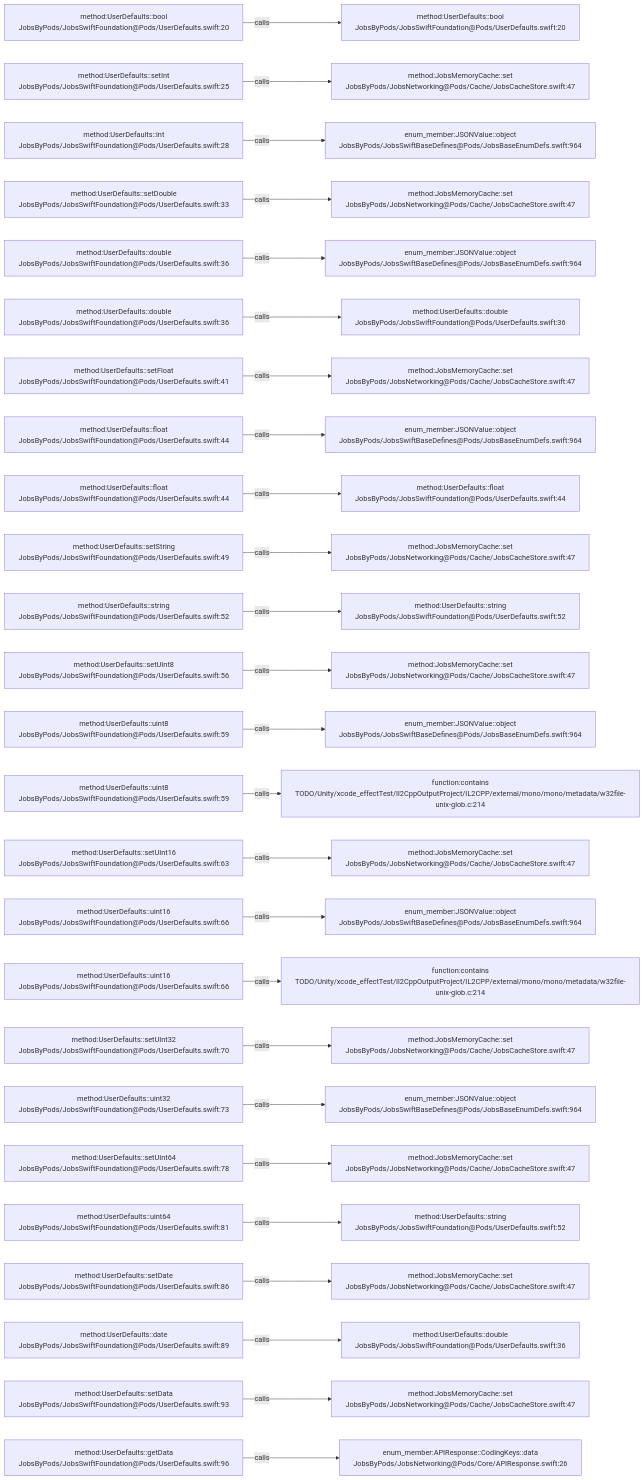
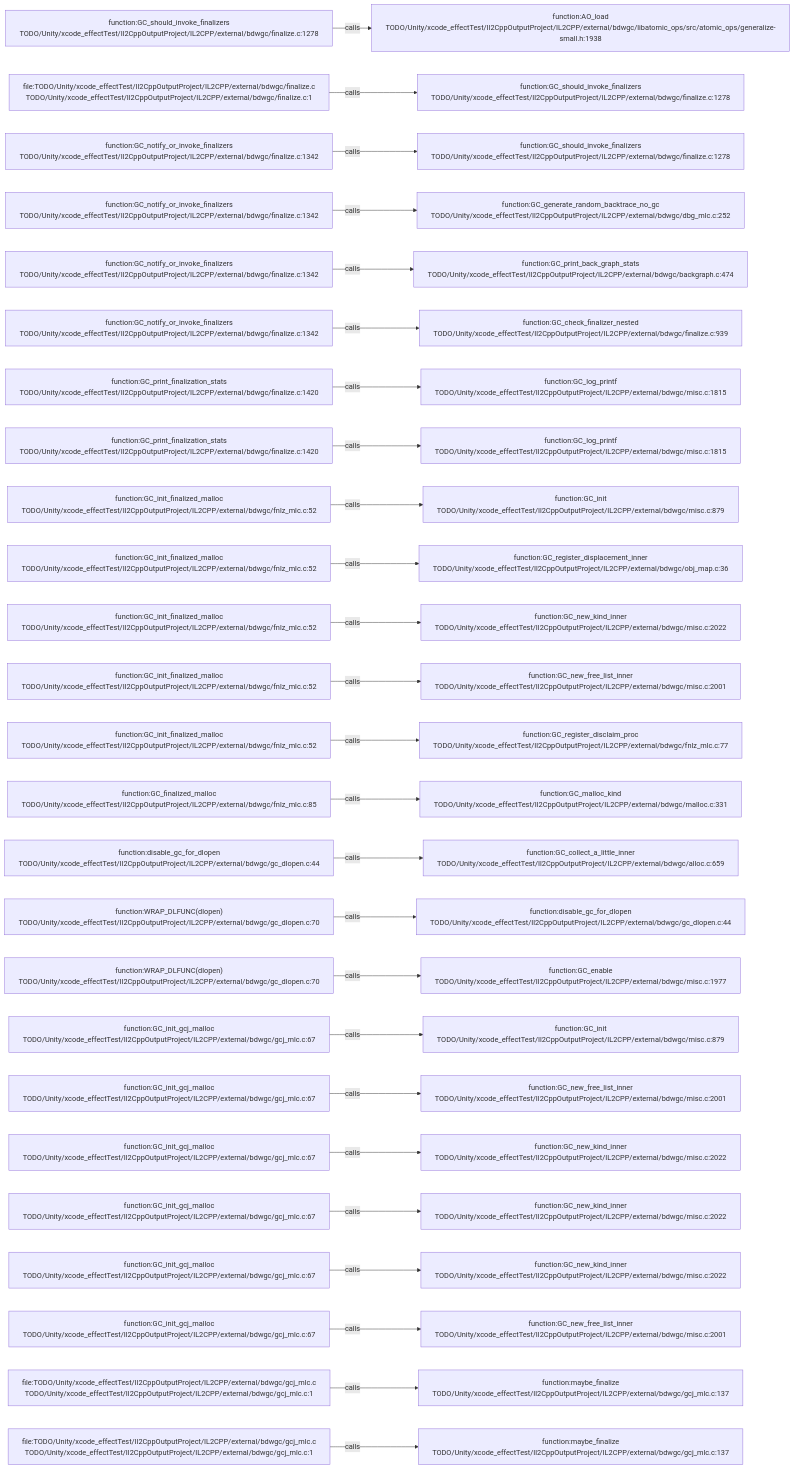
Before and after one commit to JobsKits/JobsSwiftBaseConfigDemo: the diagram in .codegraph/codegraph.md/graphs/calls-178.md, drawn with Mermaid. The commit also changed 569 other files, not shown here.

````diff
--- a/.codegraph/codegraph.md/graphs/calls-178.md
+++ b/.codegraph/codegraph.md/graphs/calls-178.md
@@ -13,78 +13,78 @@
 ```mermaid
 flowchart LR
-  S1["method:UserDefaults::bool<br/>JobsByPods/JobsSwiftFoundation@Pods/UserDefaults.swift:20"]
-  T1["method:UserDefaults::bool<br/>JobsByPods/JobsSwiftFoundation@Pods/UserDefaults.swift:20"]
+  S1["function:GC_should_invoke_finalizers<br/>TODO/Unity/xcode_effectTest/Il2CppOutputProject/IL2CPP/external/bdwgc/finalize.c:1278"]
+  T1["function:AO_load<br/>TODO/Unity/xcode_effectTest/Il2CppOutputProject/IL2CPP/external/bdwgc/libatomic_ops/src/atomic_ops/generalize-small.h:1938"]
   S1 -->|calls| T1
-  S2["method:UserDefaults::setInt<br/>JobsByPods/JobsSwiftFoundation@Pods/UserDefaults.swift:25"]
-  T2["method:JobsMemoryCache::set<br/>JobsByPods/JobsNetworking@Pods/Cache/JobsCacheStore.swift:47"]
+  S2["file:TODO/Unity/xcode_effectTest/Il2CppOutputProject/IL2CPP/external/bdwgc/finalize.c<br/>TODO/Unity/xcode_effectTest/Il2CppOutputProject/IL2CPP/external/bdwgc/finalize.c:1"]
+  T2["function:GC_should_invoke_finalizers<br/>TODO/Unity/xcode_effectTest/Il2CppOutputProject/IL2CPP/external/bdwgc/finalize.c:1278"]
   S2 -->|calls| T2
-  S3["method:UserDefaults::int<br/>JobsByPods/JobsSwiftFoundation@Pods/UserDefaults.swift:28"]
-  T3["enum_member:JSONValue::object<br/>JobsByPods/JobsSwiftBaseDefines@Pods/JobsBaseEnumDefs.swift:964"]
+  S3["function:GC_notify_or_invoke_finalizers<br/>TODO/Unity/xcode_effectTest/Il2CppOutputProject/IL2CPP/external/bdwgc/finalize.c:1342"]
+  T3["function:GC_should_invoke_finalizers<br/>TODO/Unity/xcode_effectTest/Il2CppOutputProject/IL2CPP/external/bdwgc/finalize.c:1278"]
   S3 -->|calls| T3
-  S4["method:UserDefaults::setDouble<br/>JobsByPods/JobsSwiftFoundation@Pods/UserDefaults.swift:33"]
-  T4["method:JobsMemoryCache::set<br/>JobsByPods/JobsNetworking@Pods/Cache/JobsCacheStore.swift:47"]
+  S4["function:GC_notify_or_invoke_finalizers<br/>TODO/Unity/xcode_effectTest/Il2CppOutputProject/IL2CPP/external/bdwgc/finalize.c:1342"]
+  T4["function:GC_generate_random_backtrace_no_gc<br/>TODO/Unity/xcode_effectTest/Il2CppOutputProject/IL2CPP/external/bdwgc/dbg_mlc.c:252"]
   S4 -->|calls| T4
-  S5["method:UserDefaults::double<br/>JobsByPods/JobsSwiftFoundation@Pods/UserDefaults.swift:36"]
-  T5["enum_member:JSONValue::object<br/>JobsByPods/JobsSwiftBaseDefines@Pods/JobsBaseEnumDefs.swift:964"]
+  S5["function:GC_notify_or_invoke_finalizers<br/>TODO/Unity/xcode_effectTest/Il2CppOutputProject/IL2CPP/external/bdwgc/finalize.c:1342"]
+  T5["function:GC_print_back_graph_stats<br/>TODO/Unity/xcode_effectTest/Il2CppOutputProject/IL2CPP/external/bdwgc/backgraph.c:474"]
   S5 -->|calls| T5
-  S6["method:UserDefaults::double<br/>JobsByPods/JobsSwiftFoundation@Pods/UserDefaults.swift:36"]
-  T6["method:UserDefaults::double<br/>JobsByPods/JobsSwiftFoundation@Pods/UserDefaults.swift:36"]
+  S6["function:GC_notify_or_invoke_finalizers<br/>TODO/Unity/xcode_effectTest/Il2CppOutputProject/IL2CPP/external/bdwgc/finalize.c:1342"]
+  T6["function:GC_check_finalizer_nested<br/>TODO/Unity/xcode_effectTest/Il2CppOutputProject/IL2CPP/external/bdwgc/finalize.c:939"]
   S6 -->|calls| T6
-  S7["method:UserDefaults::setFloat<br/>JobsByPods/JobsSwiftFoundation@Pods/UserDefaults.swift:41"]
-  T7["method:JobsMemoryCache::set<br/>JobsByPods/JobsNetworking@Pods/Cache/JobsCacheStore.swift:47"]
+  S7["function:GC_print_finalization_stats<br/>TODO/Unity/xcode_effectTest/Il2CppOutputProject/IL2CPP/external/bdwgc/finalize.c:1420"]
+  T7["function:GC_log_printf<br/>TODO/Unity/xcode_effectTest/Il2CppOutputProject/IL2CPP/external/bdwgc/misc.c:1815"]
   S7 -->|calls| T7
-  S8["method:UserDefaults::float<br/>JobsByPods/JobsSwiftFoundation@Pods/UserDefaults.swift:44"]
-  T8["enum_member:JSONValue::object<br/>JobsByPods/JobsSwiftBaseDefines@Pods/JobsBaseEnumDefs.swift:964"]
+  S8["function:GC_print_finalization_stats<br/>TODO/Unity/xcode_effectTest/Il2CppOutputProject/IL2CPP/external/bdwgc/finalize.c:1420"]
+  T8["function:GC_log_printf<br/>TODO/Unity/xcode_effectTest/Il2CppOutputProject/IL2CPP/external/bdwgc/misc.c:1815"]
   S8 -->|calls| T8
-  S9["method:UserDefaults::float<br/>JobsByPods/JobsSwiftFoundation@Pods/UserDefaults.swift:44"]
-  T9["method:UserDefaults::float<br/>JobsByPods/JobsSwiftFoundation@Pods/UserDefaults.swift:44"]
+  S9["function:GC_init_finalized_malloc<br/>TODO/Unity/xcode_effectTest/Il2CppOutputProject/IL2CPP/external/bdwgc/fnlz_mlc.c:52"]
+  T9["function:GC_init<br/>TODO/Unity/xcode_effectTest/Il2CppOutputProject/IL2CPP/external/bdwgc/misc.c:879"]
   S9 -->|calls| T9
-  S10["method:UserDefaults::setString<br/>JobsByPods/JobsSwiftFoundation@Pods/UserDefaults.swift:49"]
-  T10["method:JobsMemoryCache::set<br/>JobsByPods/JobsNetworking@Pods/Cache/JobsCacheStore.swift:47"]
+  S10["function:GC_init_finalized_malloc<br/>TODO/Unity/xcode_effectTest/Il2CppOutputProject/IL2CPP/external/bdwgc/fnlz_mlc.c:52"]
+  T10["function:GC_register_displacement_inner<br/>TODO/Unity/xcode_effectTest/Il2CppOutputProject/IL2CPP/external/bdwgc/obj_map.c:36"]
   S10 -->|calls| T10
-  S11["method:UserDefaults::string<br/>JobsByPods/JobsSwiftFoundation@Pods/UserDefaults.swift:52"]
-  T11["method:UserDefaults::string<br/>JobsByPods/JobsSwiftFoundation@Pods/UserDefaults.swift:52"]
+  S11["function:GC_init_finalized_malloc<br/>TODO/Unity/xcode_effectTest/Il2CppOutputProject/IL2CPP/external/bdwgc/fnlz_mlc.c:52"]
+  T11["function:GC_new_kind_inner<br/>TODO/Unity/xcode_effectTest/Il2CppOutputProject/IL2CPP/external/bdwgc/misc.c:2022"]
   S11 -->|calls| T11
-  S12["method:UserDefaults::setUInt8<br/>JobsByPods/JobsSwiftFoundation@Pods/UserDefaults.swift:56"]
-  T12["method:JobsMemoryCache::set<br/>JobsByPods/JobsNetworking@Pods/Cache/JobsCacheStore.swift:47"]
+  S12["function:GC_init_finalized_malloc<br/>TODO/Unity/xcode_effectTest/Il2CppOutputProject/IL2CPP/external/bdwgc/fnlz_mlc.c:52"]
+  T12["function:GC_new_free_list_inner<br/>TODO/Unity/xcode_effectTest/Il2CppOutputProject/IL2CPP/external/bdwgc/misc.c:2001"]
   S12 -->|calls| T12
-  S13["method:UserDefaults::uint8<br/>JobsByPods/JobsSwiftFoundation@Pods/UserDefaults.swift:59"]
-  T13["enum_member:JSONValue::object<br/>JobsByPods/JobsSwiftBaseDefines@Pods/JobsBaseEnumDefs.swift:964"]
+  S13["function:GC_init_finalized_malloc<br/>TODO/Unity/xcode_effectTest/Il2CppOutputProject/IL2CPP/external/bdwgc/fnlz_mlc.c:52"]
+  T13["function:GC_register_disclaim_proc<br/>TODO/Unity/xcode_effectTest/Il2CppOutputProject/IL2CPP/external/bdwgc/fnlz_mlc.c:77"]
   S13 -->|calls| T13
-  S14["method:UserDefaults::uint8<br/>JobsByPods/JobsSwiftFoundation@Pods/UserDefaults.swift:59"]
-  T14["function:contains<br/>TODO/Unity/xcode_effectTest/Il2CppOutputProject/IL2CPP/external/mono/mono/metadata/w32file-unix-glob.c:214"]
+  S14["function:GC_finalized_malloc<br/>TODO/Unity/xcode_effectTest/Il2CppOutputProject/IL2CPP/external/bdwgc/fnlz_mlc.c:85"]
+  T14["function:GC_malloc_kind<br/>TODO/Unity/xcode_effectTest/Il2CppOutputProject/IL2CPP/external/bdwgc/malloc.c:331"]
   S14 -->|calls| T14
-  S15["method:UserDefaults::setUInt16<br/>JobsByPods/JobsSwiftFoundation@Pods/UserDefaults.swift:63"]
-  T15["method:JobsMemoryCache::set<br/>JobsByPods/JobsNetworking@Pods/Cache/JobsCacheStore.swift:47"]
+  S15["function:disable_gc_for_dlopen<br/>TODO/Unity/xcode_effectTest/Il2CppOutputProject/IL2CPP/external/bdwgc/gc_dlopen.c:44"]
+  T15["function:GC_collect_a_little_inner<br/>TODO/Unity/xcode_effectTest/Il2CppOutputProject/IL2CPP/external/bdwgc/alloc.c:659"]
   S15 -->|calls| T15
-  S16["method:UserDefaults::uint16<br/>JobsByPods/JobsSwiftFoundation@Pods/UserDefaults.swift:66"]
-  T16["enum_member:JSONValue::object<br/>JobsByPods/JobsSwiftBaseDefines@Pods/JobsBaseEnumDefs.swift:964"]
+  S16["function:WRAP_DLFUNC(dlopen)<br/>TODO/Unity/xcode_effectTest/Il2CppOutputProject/IL2CPP/external/bdwgc/gc_dlopen.c:70"]
+  T16["function:disable_gc_for_dlopen<br/>TODO/Unity/xcode_effectTest/Il2CppOutputProject/IL2CPP/external/bdwgc/gc_dlopen.c:44"]
   S16 -->|calls| T16
-  S17["method:UserDefaults::uint16<br/>JobsByPods/JobsSwiftFoundation@Pods/UserDefaults.swift:66"]
-  T17["function:contains<br/>TODO/Unity/xcode_effectTest/Il2CppOutputProject/IL2CPP/external/mono/mono/metadata/w32file-unix-glob.c:214"]
+  S17["function:WRAP_DLFUNC(dlopen)<br/>TODO/Unity/xcode_effectTest/Il2CppOutputProject/IL2CPP/external/bdwgc/gc_dlopen.c:70"]
+  T17["function:GC_enable<br/>TODO/Unity/xcode_effectTest/Il2CppOutputProject/IL2CPP/external/bdwgc/misc.c:1977"]
   S17 -->|calls| T17
-  S18["method:UserDefaults::setUInt32<br/>JobsByPods/JobsSwiftFoundation@Pods/UserDefaults.swift:70"]
-  T18["method:JobsMemoryCache::set<br/>JobsByPods/JobsNetworking@Pods/Cache/JobsCacheStore.swift:47"]
+  S18["function:GC_init_gcj_malloc<br/>TODO/Unity/xcode_effectTest/Il2CppOutputProject/IL2CPP/external/bdwgc/gcj_mlc.c:67"]
+  T18["function:GC_init<br/>TODO/Unity/xcode_effectTest/Il2CppOutputProject/IL2CPP/external/bdwgc/misc.c:879"]
   S18 -->|calls| T18
-  S19["method:UserDefaults::uint32<br/>JobsByPods/JobsSwiftFoundation@Pods/UserDefaults.swift:73"]
-  T19["enum_member:JSONValue::object<br/>JobsByPods/JobsSwiftBaseDefines@Pods/JobsBaseEnumDefs.swift:964"]
+  S19["function:GC_init_gcj_malloc<br/>TODO/Unity/xcode_effectTest/Il2CppOutputProject/IL2CPP/external/bdwgc/gcj_mlc.c:67"]
+  T19["function:GC_new_free_list_inner<br/>TODO/Unity/xcode_effectTest/Il2CppOutputProject/IL2CPP/external/bdwgc/misc.c:2001"]
   S19 -->|calls| T19
-  S20["method:UserDefaults::setUInt64<br/>JobsByPods/JobsSwiftFoundation@Pods/UserDefaults.swift:78"]
-  T20["method:JobsMemoryCache::set<br/>JobsByPods/JobsNetworking@Pods/Cache/JobsCacheStore.swift:47"]
+  S20["function:GC_init_gcj_malloc<br/>TODO/Unity/xcode_effectTest/Il2CppOutputProject/IL2CPP/external/bdwgc/gcj_mlc.c:67"]
+  T20["function:GC_new_kind_inner<br/>TODO/Unity/xcode_effectTest/Il2CppOutputProject/IL2CPP/external/bdwgc/misc.c:2022"]
   S20 -->|calls| T20
-  S21["method:UserDefaults::uint64<br/>JobsByPods/JobsSwiftFoundation@Pods/UserDefaults.swift:81"]
-  T21["method:UserDefaults::string<br/>JobsByPods/JobsSwiftFoundation@Pods/UserDefaults.swift:52"]
+  S21["function:GC_init_gcj_malloc<br/>TODO/Unity/xcode_effectTest/Il2CppOutputProject/IL2CPP/external/bdwgc/gcj_mlc.c:67"]
+  T21["function:GC_new_kind_inner<br/>TODO/Unity/xcode_effectTest/Il2CppOutputProject/IL2CPP/external/bdwgc/misc.c:2022"]
   S21 -->|calls| T21
-  S22["method:UserDefaults::setDate<br/>JobsByPods/JobsSwiftFoundation@Pods/UserDefaults.swift:86"]
-  T22["method:JobsMemoryCache::set<br/>JobsByPods/JobsNetworking@Pods/Cache/JobsCacheStore.swift:47"]
+  S22["function:GC_init_gcj_malloc<br/>TODO/Unity/xcode_effectTest/Il2CppOutputProject/IL2CPP/external/bdwgc/gcj_mlc.c:67"]
+  T22["function:GC_new_kind_inner<br/>TODO/Unity/xcode_effectTest/Il2CppOutputProject/IL2CPP/external/bdwgc/misc.c:2022"]
   S22 -->|calls| T22
-  S23["method:UserDefaults::date<br/>JobsByPods/JobsSwiftFoundation@Pods/UserDefaults.swift:89"]
-  T23["method:UserDefaults::double<br/>JobsByPods/JobsSwiftFoundation@Pods/UserDefaults.swift:36"]
+  S23["function:GC_init_gcj_malloc<br/>TODO/Unity/xcode_effectTest/Il2CppOutputProject/IL2CPP/external/bdwgc/gcj_mlc.c:67"]
+  T23["function:GC_new_free_list_inner<br/>TODO/Unity/xcode_effectTest/Il2CppOutputProject/IL2CPP/external/bdwgc/misc.c:2001"]
   S23 -->|calls| T23
-  S24["method:UserDefaults::setData<br/>JobsByPods/JobsSwiftFoundation@Pods/UserDefaults.swift:93"]
-  T24["method:JobsMemoryCache::set<br/>JobsByPods/JobsNetworking@Pods/Cache/JobsCacheStore.swift:47"]
+  S24["file:TODO/Unity/xcode_effectTest/Il2CppOutputProject/IL2CPP/external/bdwgc/gcj_mlc.c<br/>TODO/Unity/xcode_effectTest/Il2CppOutputProject/IL2CPP/external/bdwgc/gcj_mlc.c:1"]
+  T24["function:maybe_finalize<br/>TODO/Unity/xcode_effectTest/Il2CppOutputProject/IL2CPP/external/bdwgc/gcj_mlc.c:137"]
   S24 -->|calls| T24
-  S25["method:UserDefaults::getData<br/>JobsByPods/JobsSwiftFoundation@Pods/UserDefaults.swift:96"]
-  T25["enum_member:APIResponse::CodingKeys::data<br/>JobsByPods/JobsNetworking@Pods/Core/APIResponse.swift:26"]
+  S25["file:TODO/Unity/xcode_effectTest/Il2CppOutputProject/IL2CPP/external/bdwgc/gcj_mlc.c<br/>TODO/Unity/xcode_effectTest/Il2CppOutputProject/IL2CPP/external/bdwgc/gcj_mlc.c:1"]
+  T25["function:maybe_finalize<br/>TODO/Unity/xcode_effectTest/Il2CppOutputProject/IL2CPP/external/bdwgc/gcj_mlc.c:137"]
   S25 -->|calls| T25
 ```
````
